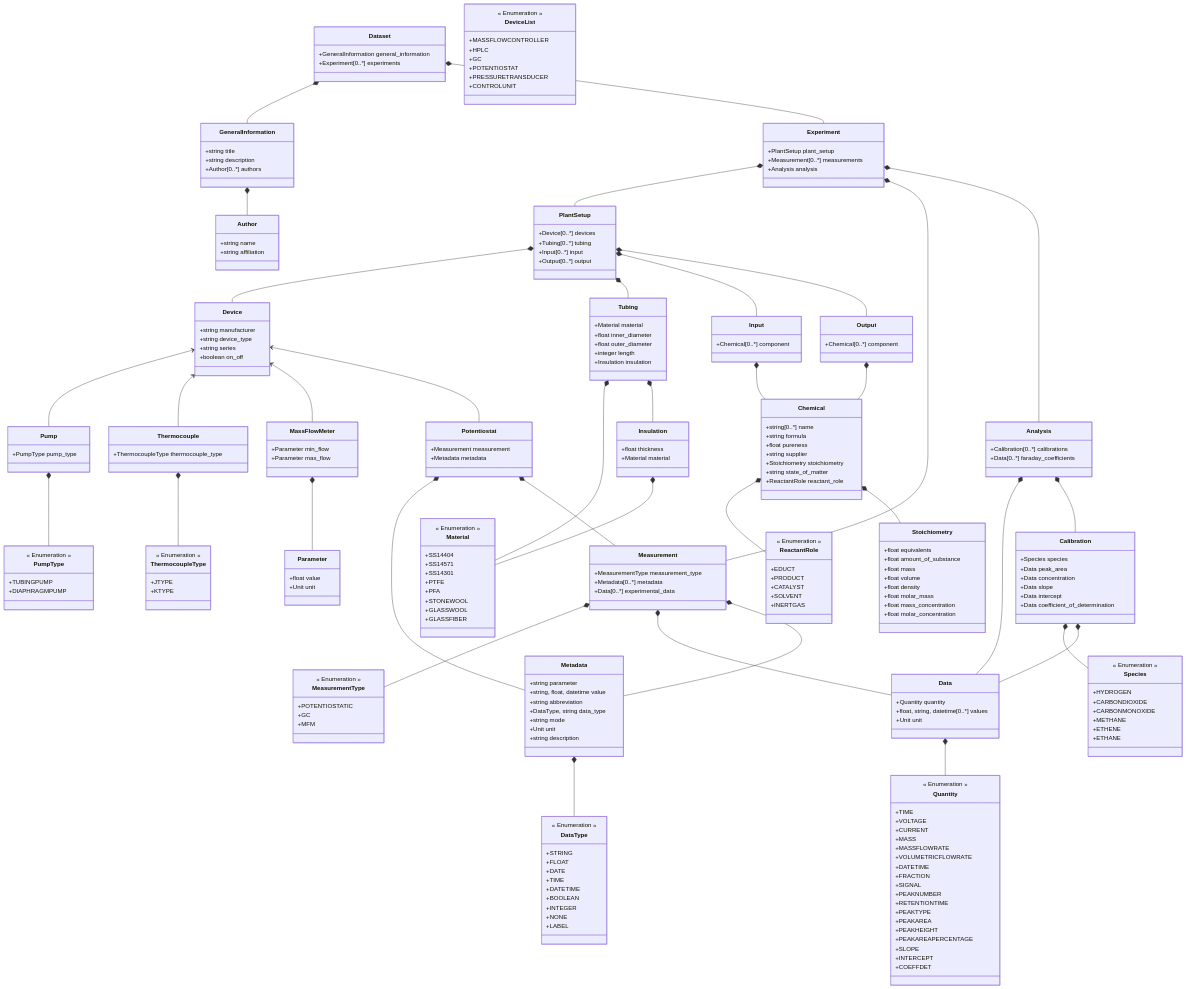
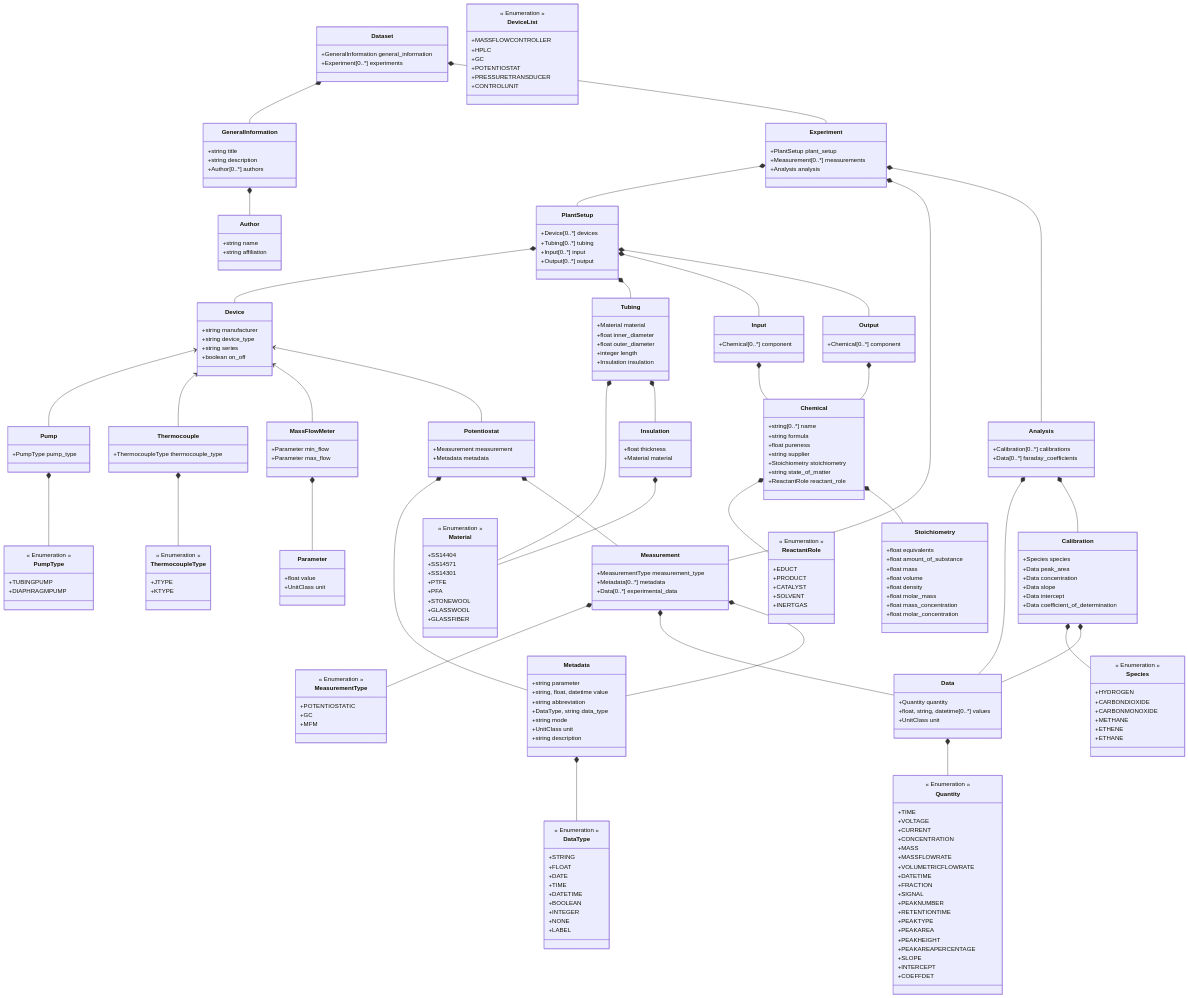
One commit to FAIRChemistry/FAIRFlow changed the diagram in datamodel_b07_tc/schemes/datamodel_b07_tc_schema.md. Above: the diagram before and after it, drawn with Mermaid. The commit also changed 23 other files, not shown here.

```diff
--- a/datamodel_b07_tc/schemes/datamodel_b07_tc_schema.md
+++ b/datamodel_b07_tc/schemes/datamodel_b07_tc_schema.md
@@ -87,7 +87,7 @@
     
     class Parameter {
         +float value
-        +Unit unit
+        +UnitClass unit
     }
     
     class Potentiostat {
@@ -140,7 +140,7 @@
     class Data {
         +Quantity quantity
         +float, string, datetime[0..*] values
-        +Unit unit
+        +UnitClass unit
     }
     
     class Metadata {
@@ -149,7 +149,7 @@
         +string abbreviation
         +DataType, string data_type
         +string mode
-        +Unit unit
+        +UnitClass unit
         +string description
     }
     
@@ -234,6 +234,7 @@
         +TIME
         +VOLTAGE
         +CURRENT
+        +CONCENTRATION
         +MASS
         +MASSFLOWRATE
         +VOLUMETRICFLOWRATE
```
